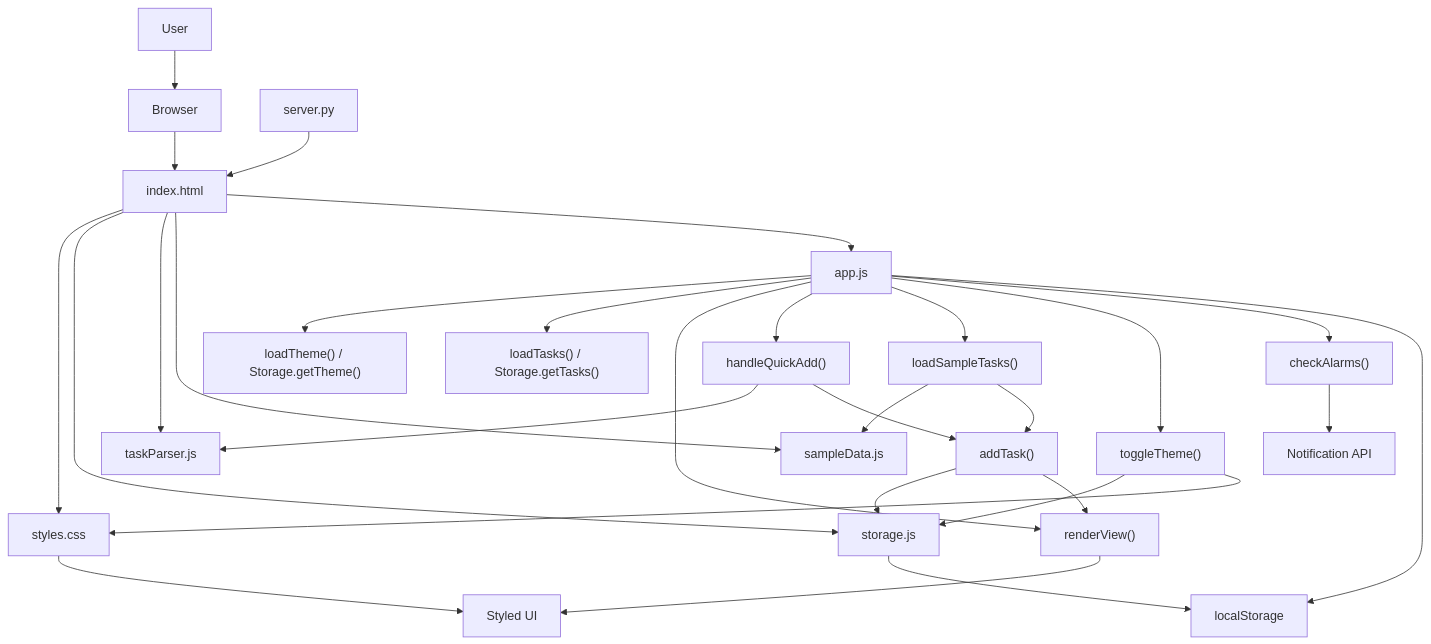
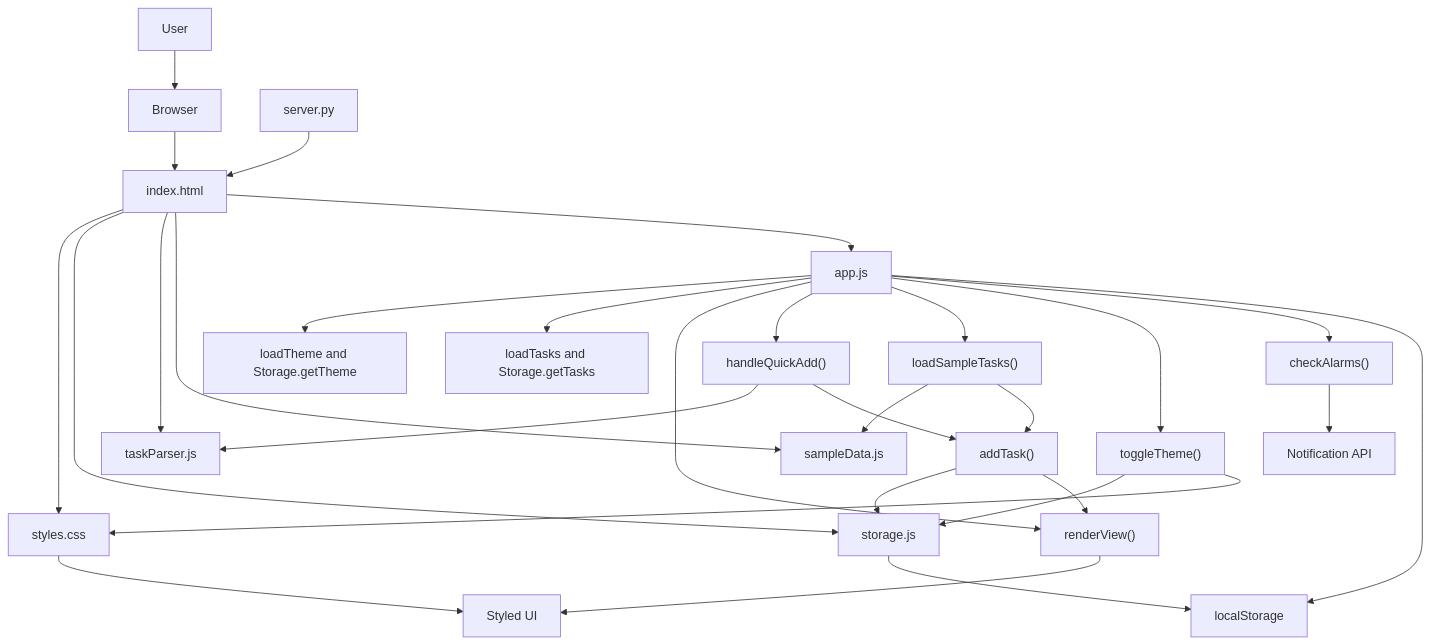
One commit to zxcvryo/Oops-Later-Codebase changed diagram 43 of 43 in README.md. Above: the diagram before and after it, drawn with Mermaid. The commit also changed other lines of this file, not shown here.

````diff
--- a/README.md
+++ b/README.md
@@ -7638,36 +7638,36 @@
 ```mermaid
 flowchart TD
     A["User"] --> B["Browser"]
     B --> C["index.html"]
     C --> D["styles.css"]
     C --> E["storage.js"]
     C --> F["taskParser.js"]
     C --> G["sampleData.js"]
     C --> H["app.js"]
     I["server.py"] --> C
 
-    H --> J["loadTheme() / Storage.getTheme()"]
-    H --> K["loadTasks() / Storage.getTasks()"]
+    H --> J["loadTheme and Storage.getTheme"]
+    H --> K["loadTasks and Storage.getTasks"]
     H --> L["renderView()"]
     H --> M["handleQuickAdd()"]
     M --> F
     M --> N["addTask()"]
     N --> E
     N --> L
 
     H --> O["loadSampleTasks()"]
     O --> G
     O --> N
 
     H --> P["toggleTheme()"]
     P --> E
     P --> D
 
     H --> Q["checkAlarms()"]
     Q --> R["Notification API"]
     H --> S["localStorage"]
     E --> S
 
     D --> T["Styled UI"]
     L --> T
 ```
````
